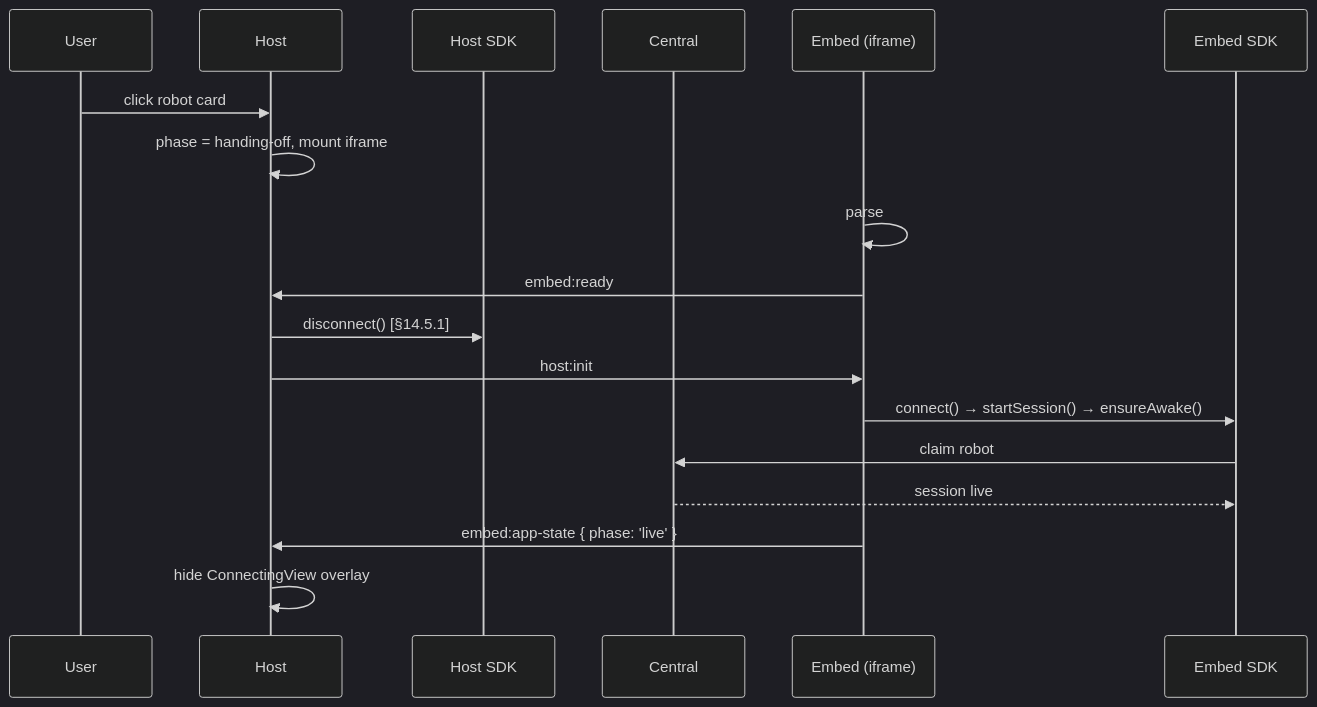
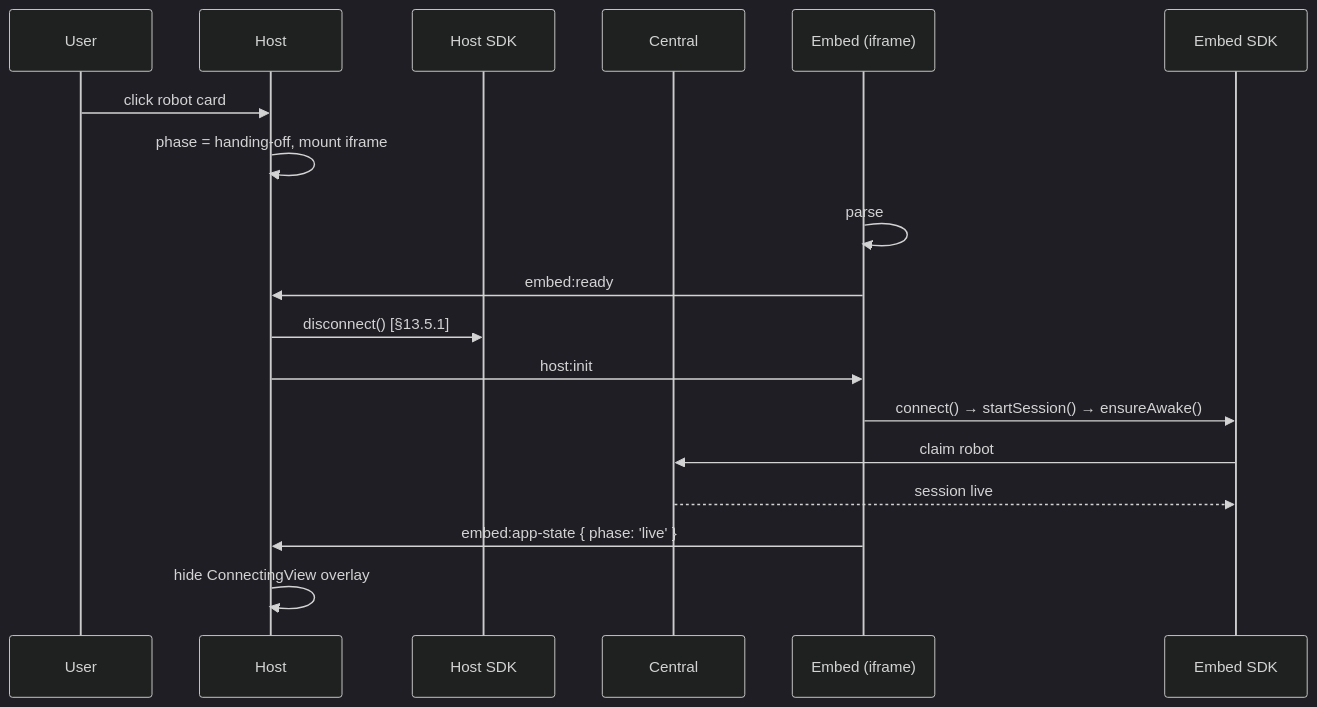
The second of 2 diagrams in ts/APP_CREATION_GUIDE.md (pollen-robotics/reachy_mini), drawn with Mermaid (dark theme) before and after one commit. The commit also changed other lines of this file and 11 other files, not shown here.

````diff
--- a/ts/APP_CREATION_GUIDE.md
+++ b/ts/APP_CREATION_GUIDE.md
@@ -1156,21 +1067,21 @@
 ```mermaid
 sequenceDiagram
     participant U as User
     participant H as Host
     participant HS as Host SDK
     participant C as Central
     participant E as Embed (iframe)
     participant ES as Embed SDK
 
     U->>H: click robot card
     H->>H: phase = handing-off, mount iframe
     E->>E: parse #creds, replaceState wipe
     E->>H: embed:ready
-    H->>HS: disconnect() [§14.5.1]
+    H->>HS: disconnect() [§13.5.1]
     H->>E: host:init
     E->>ES: connect() → startSession() → ensureAwake()
     ES->>C: claim robot
     C-->>ES: session live
     E->>H: embed:app-state { phase: 'live' }
     H->>H: hide ConnectingView overlay
 ```
````
